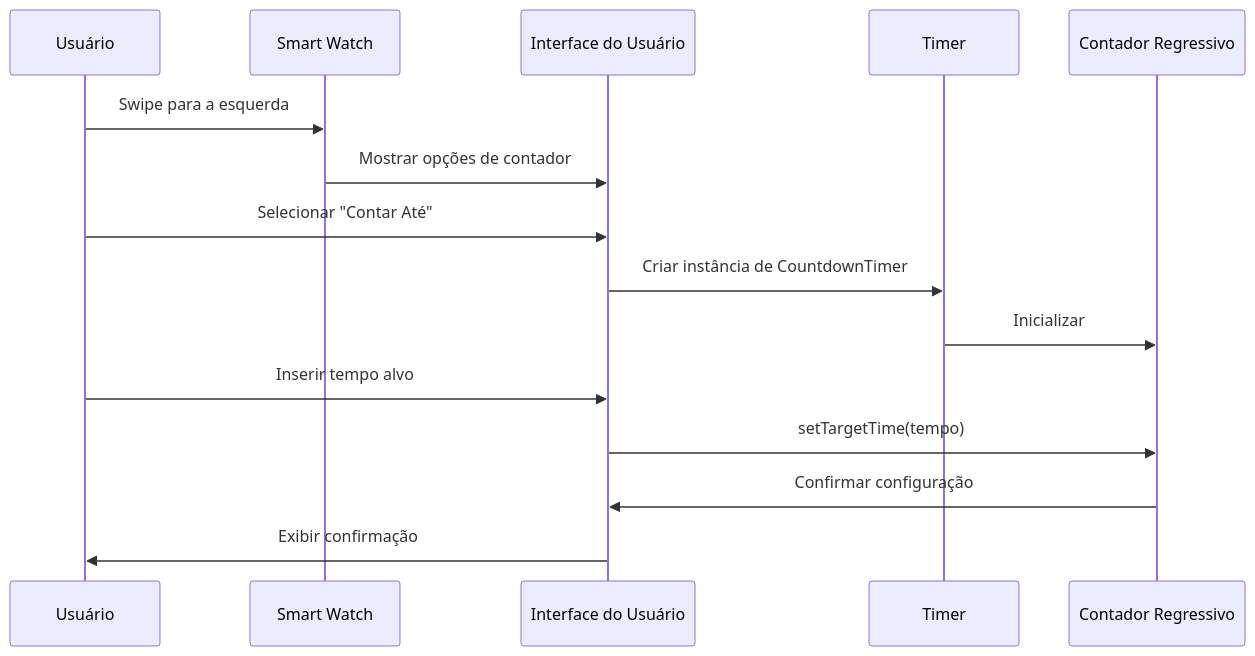
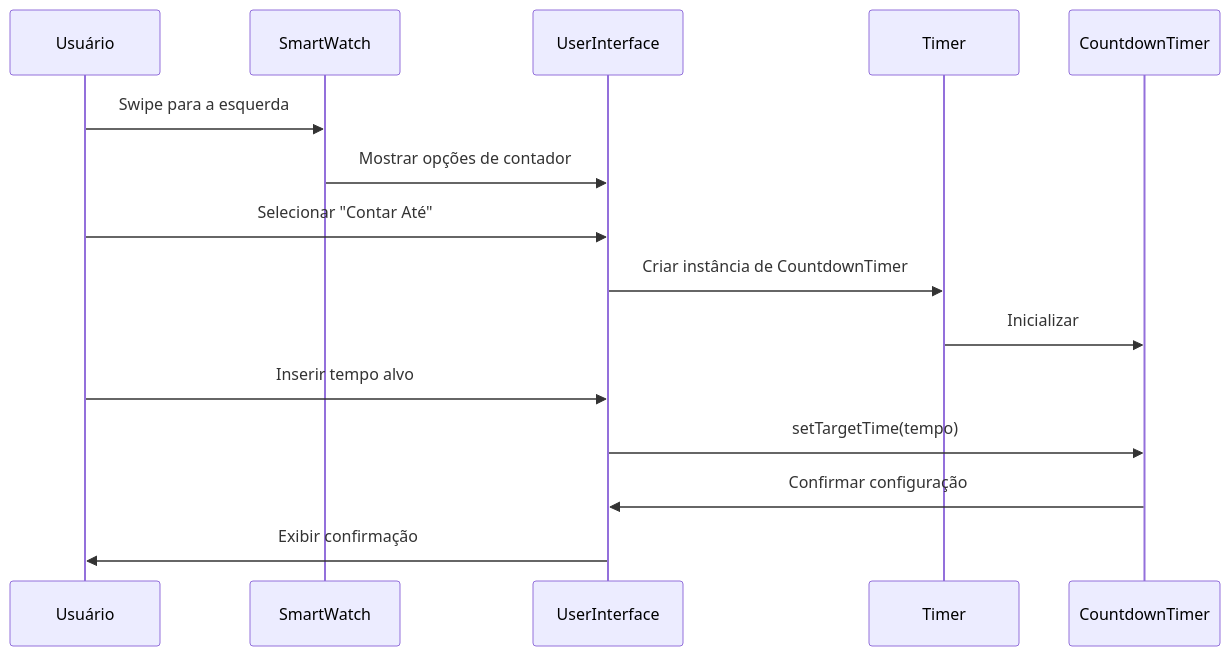
The diagram in documentacao/uml/sequencia-contar-ate.md (davifma/timetimerwatch), drawn with Mermaid before and after one commit.

````diff
--- a/documentacao/uml/sequencia-contar-ate.md
+++ b/documentacao/uml/sequencia-contar-ate.md
@@ -1,18 +1,18 @@
 ```mermaid
 sequenceDiagram
     participant User as Usuário
-    participant SmartWatch as Smart Watch
-    participant UserInterface as Interface do Usuário
+    participant SmartWatch as SmartWatch
+    participant UserInterface as UserInterface
     participant Timer as Timer
-    participant CountdownTimer as Contador Regressivo
+    participant CountdownTimer as CountdownTimer
 
     User ->> SmartWatch: Swipe para a esquerda
     SmartWatch ->> UserInterface: Mostrar opções de contador
     User ->> UserInterface: Selecionar "Contar Até"
     UserInterface ->> Timer: Criar instância de CountdownTimer
     Timer ->> CountdownTimer: Inicializar
     User ->> UserInterface: Inserir tempo alvo
     UserInterface ->> CountdownTimer: setTargetTime(tempo)
     CountdownTimer ->> UserInterface: Confirmar configuração
     UserInterface ->> User: Exibir confirmação
 ```
````
